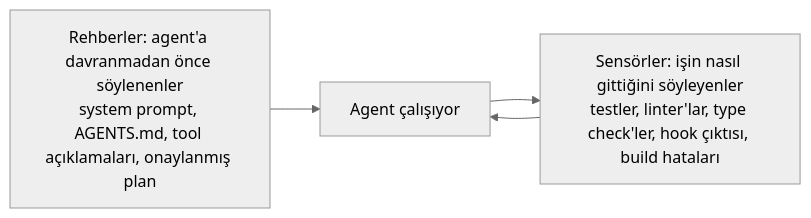
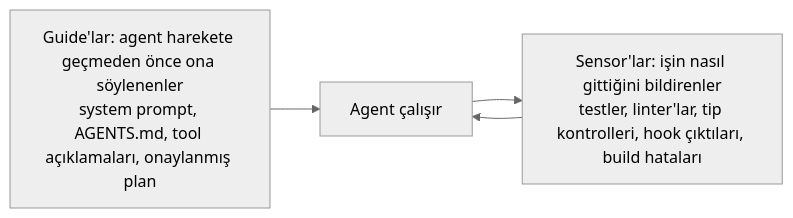
The second of 3 diagrams in mini-courses/2_intermediate/harness_engineering_tr.md (lokumai/ai-engineering-bazaar), drawn with Mermaid (neutral theme) before and after one commit. The commit also changed other lines of this file and 63 other files, not shown here.

````diff
--- a/mini-courses/2_intermediate/harness_engineering_tr.md
+++ b/mini-courses/2_intermediate/harness_engineering_tr.md
@@ -78,6 +76,6 @@
 ```mermaid
 graph LR
-    A["Rehberler: agent'a davranmadan önce söylenenler<br/>system prompt, AGENTS.md, tool açıklamaları, onaylanmış plan"] --> B["Agent çalışıyor"]
-    B --> C["Sensörler: işin nasıl gittiğini söyleyenler<br/>testler, linter'lar, type check'ler, hook çıktısı, build hataları"]
+    A["Guide'lar: agent harekete geçmeden önce ona söylenenler<br/>system prompt, AGENTS.md, tool açıklamaları, onaylanmış plan"] --> B["Agent çalışır"]
+    B --> C["Sensor'lar: işin nasıl gittiğini bildirenler<br/>testler, linter'lar, tip kontrolleri, hook çıktıları, build hataları"]
     C --> B
 ```
````
